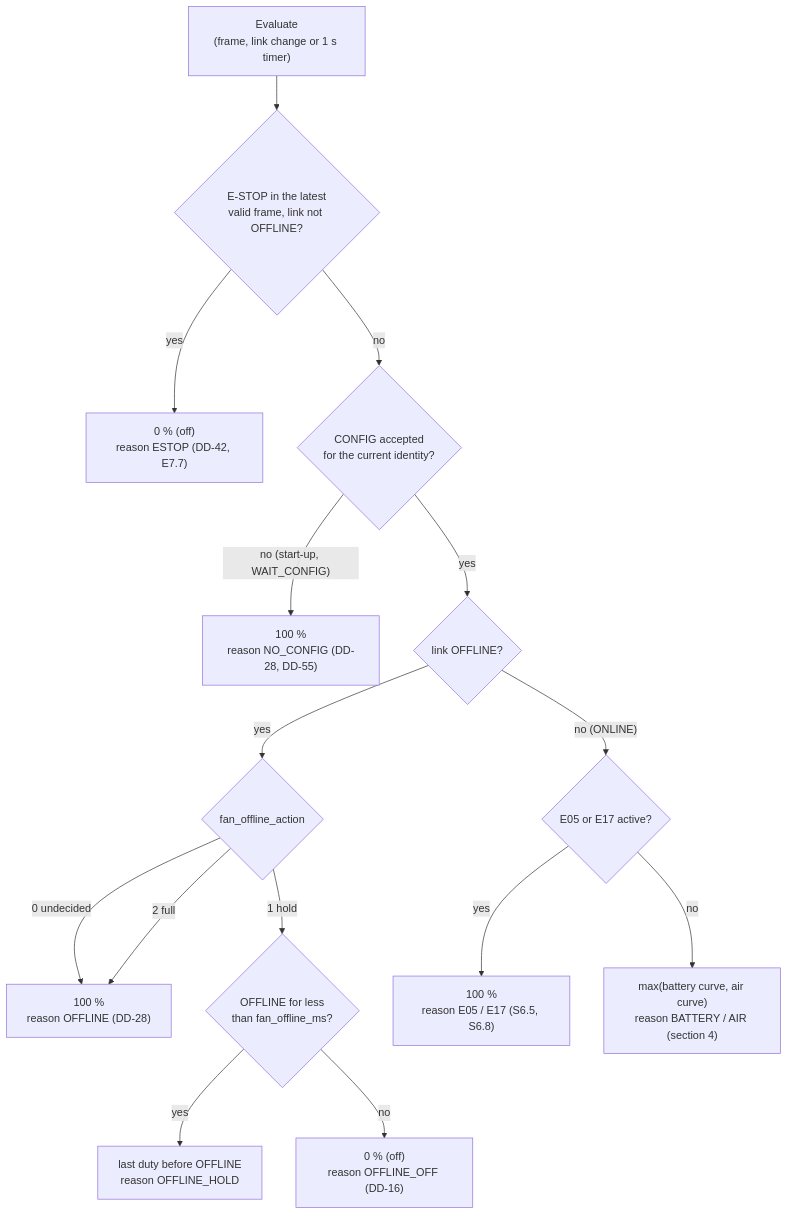
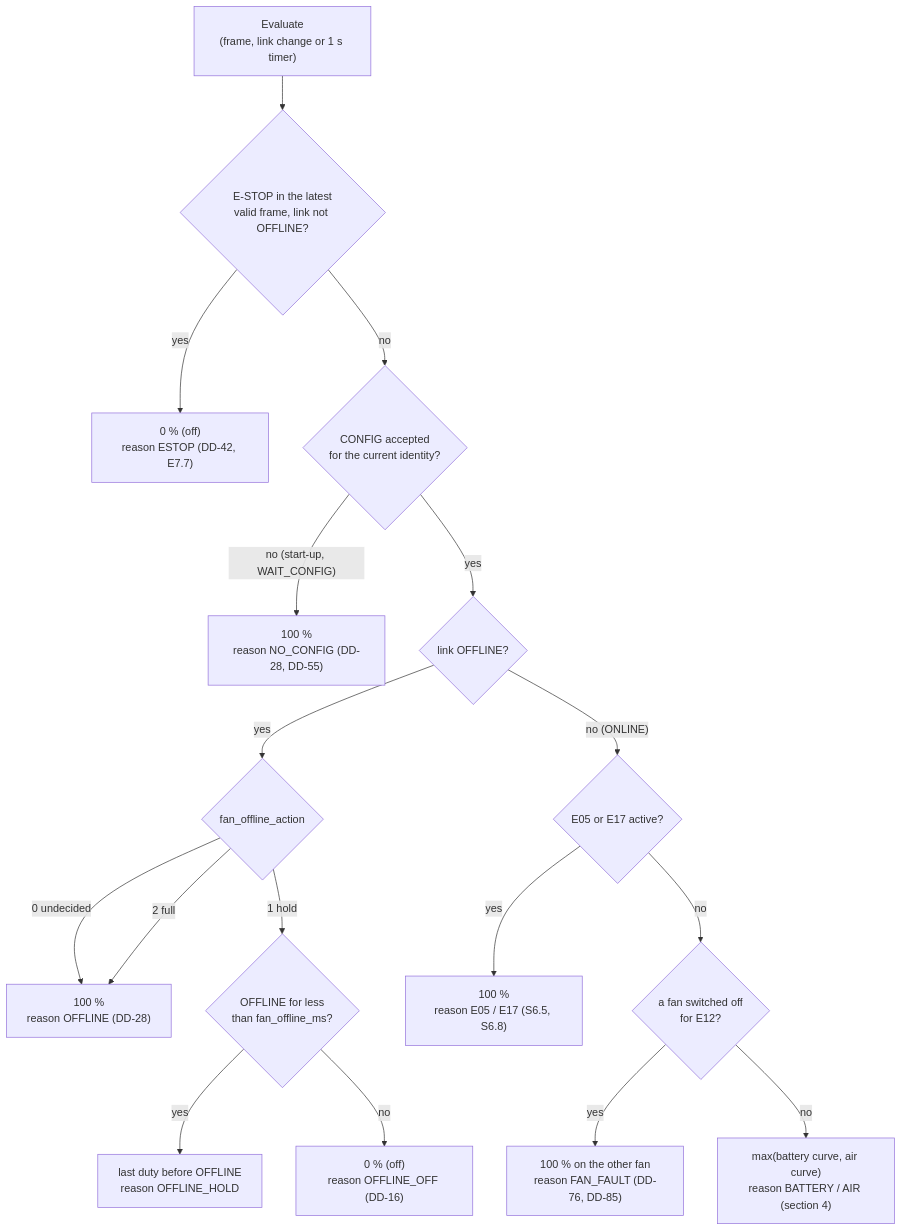
One commit to jjpreuser/Operation-Dont-blow-please changed the first of 3 diagrams in docs/design/fan-control.md. Above: the diagram before and after it, drawn with Mermaid. The commit also changed other lines of this file and 6 other files, not shown here.

````diff
--- a/docs/design/fan-control.md
+++ b/docs/design/fan-control.md
@@ -37,17 +37,19 @@
 ```mermaid
 flowchart TB
     START["Evaluate\n(frame, link change or 1 s timer)"] --> ES{"E-STOP in the latest\nvalid frame, link not OFFLINE?"}
     ES -- "yes" --> OFF["0 % (off)\nreason ESTOP (DD-42, E7.7)"]
     ES -- "no" --> CF{"CONFIG accepted\nfor the current identity?"}
     CF -- "no (start-up, WAIT_CONFIG)" --> FULL1["100 %\nreason NO_CONFIG (DD-28, DD-55)"]
     CF -- "yes" --> LK{"link OFFLINE?"}
     LK -- "yes" --> ACT{"fan_offline_action"}
     ACT -- "0 undecided" --> FULL2["100 %\nreason OFFLINE (DD-28)"]
     ACT -- "2 full" --> FULL2
     ACT -- "1 hold" --> HOLD{"OFFLINE for less\nthan fan_offline_ms?"}
     HOLD -- "yes" --> LAST["last duty before OFFLINE\nreason OFFLINE_HOLD"]
     HOLD -- "no" --> OFF2["0 % (off)\nreason OFFLINE_OFF (DD-16)"]
     LK -- "no (ONLINE)" --> FF{"E05 or E17 active?"}
     FF -- "yes" --> FULL3["100 %\nreason E05 / E17 (S6.5, S6.8)"]
-    FF -- "no" --> CUR["max(battery curve, air curve)\nreason BATTERY / AIR (section 4)"]
+    FF -- "no" --> DF{"a fan switched off\nfor E12?"}
+    DF -- "yes" --> FULL4["100 % on the other fan\nreason FAN_FAULT (DD-76, DD-85)"]
+    DF -- "no" --> CUR["max(battery curve, air curve)\nreason BATTERY / AIR (section 4)"]
 ```
````
